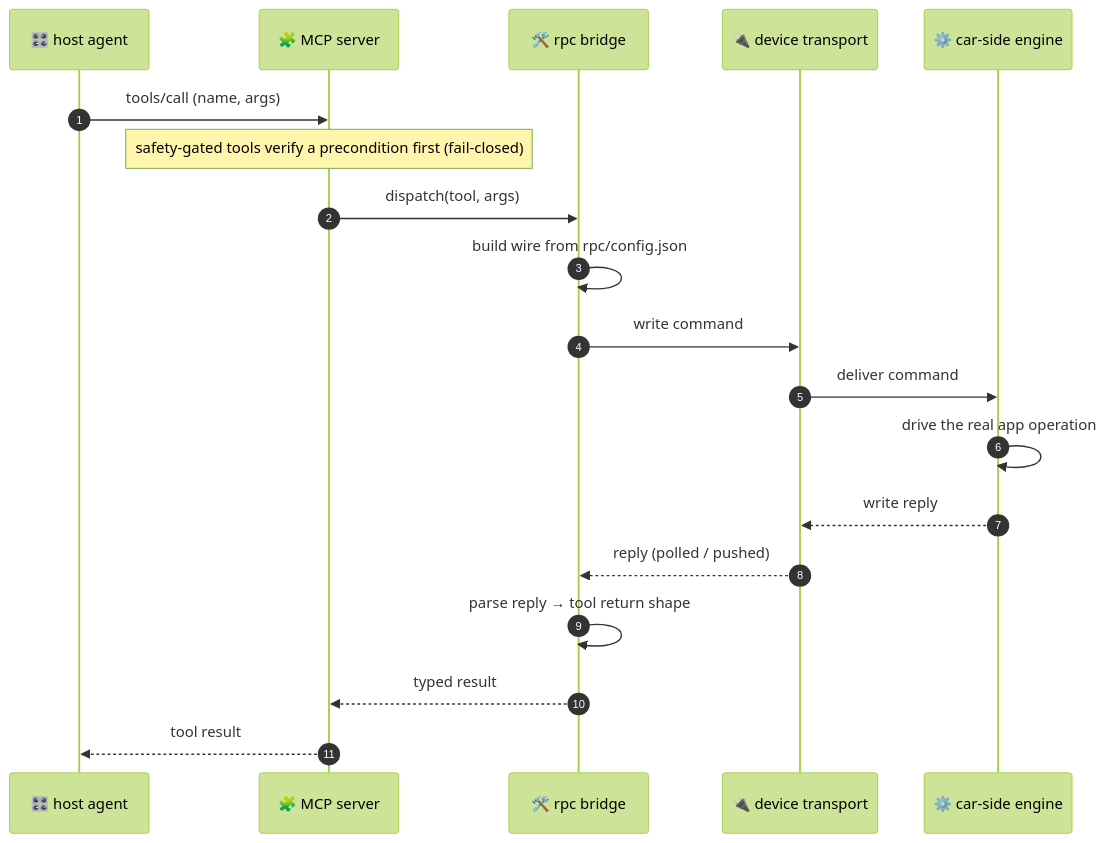
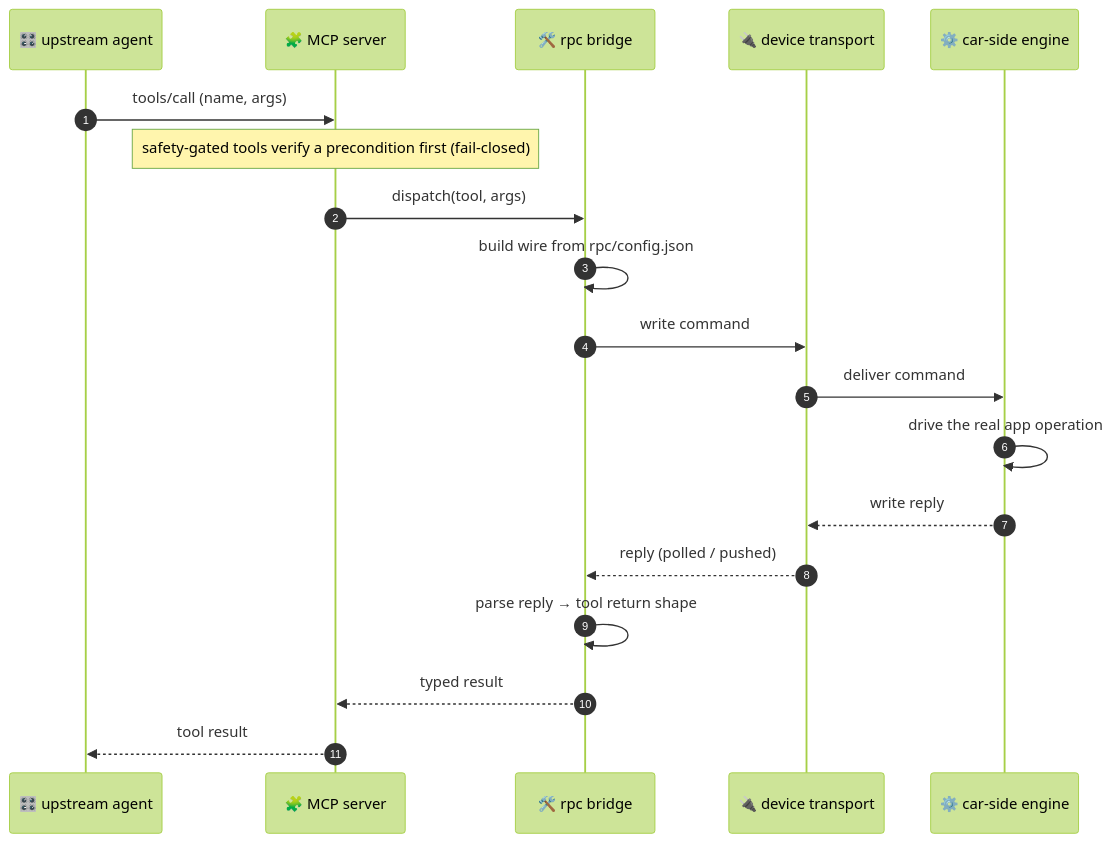
One commit to MatCaviar/BRIDGE changed the second of 2 diagrams in README.md. Above: the diagram before and after it, drawn with Mermaid (forest theme). The commit also changed other lines of this file, not shown here.

Commit message:
docs(readme): runtime-bridge figure uses 'upstream agent' (runtime caller role); generation figure keeps 'host agent'

````diff
--- a/README.md
+++ b/README.md
@@ -64,22 +64,22 @@
 ```mermaid
 sequenceDiagram
     autonumber
-    participant Agent as 🎛️ host agent
+    participant Agent as 🎛️ upstream agent
     participant Server as 🧩 MCP server
     participant Bridge as 🛠️ rpc bridge
     participant Transport as 🔌 device transport
     participant Engine as ⚙️ car-side engine
 
     Agent->>Server: tools/call (name, args)
     Note over Server: safety-gated tools verify a precondition first (fail-closed)
     Server->>Bridge: dispatch(tool, args)
     Bridge->>Bridge: build wire from rpc/config.json
     Bridge->>Transport: write command
     Transport->>Engine: deliver command
     Engine->>Engine: drive the real app operation
     Engine-->>Transport: write reply
     Transport-->>Bridge: reply (polled / pushed)
     Bridge->>Bridge: parse reply → tool return shape
     Bridge-->>Server: typed result
     Server-->>Agent: tool result
 ```
````
